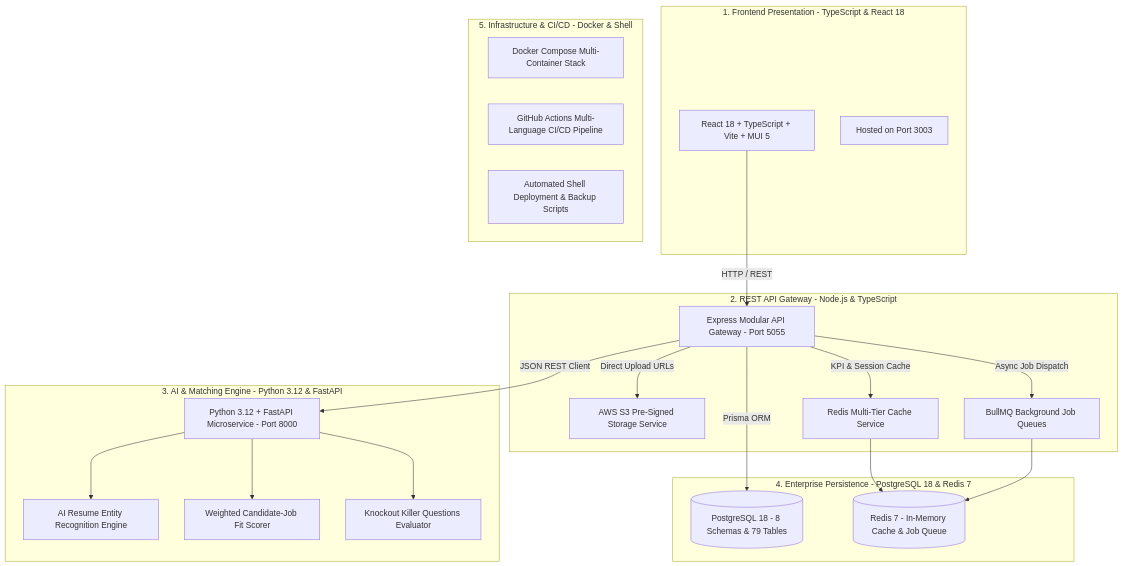
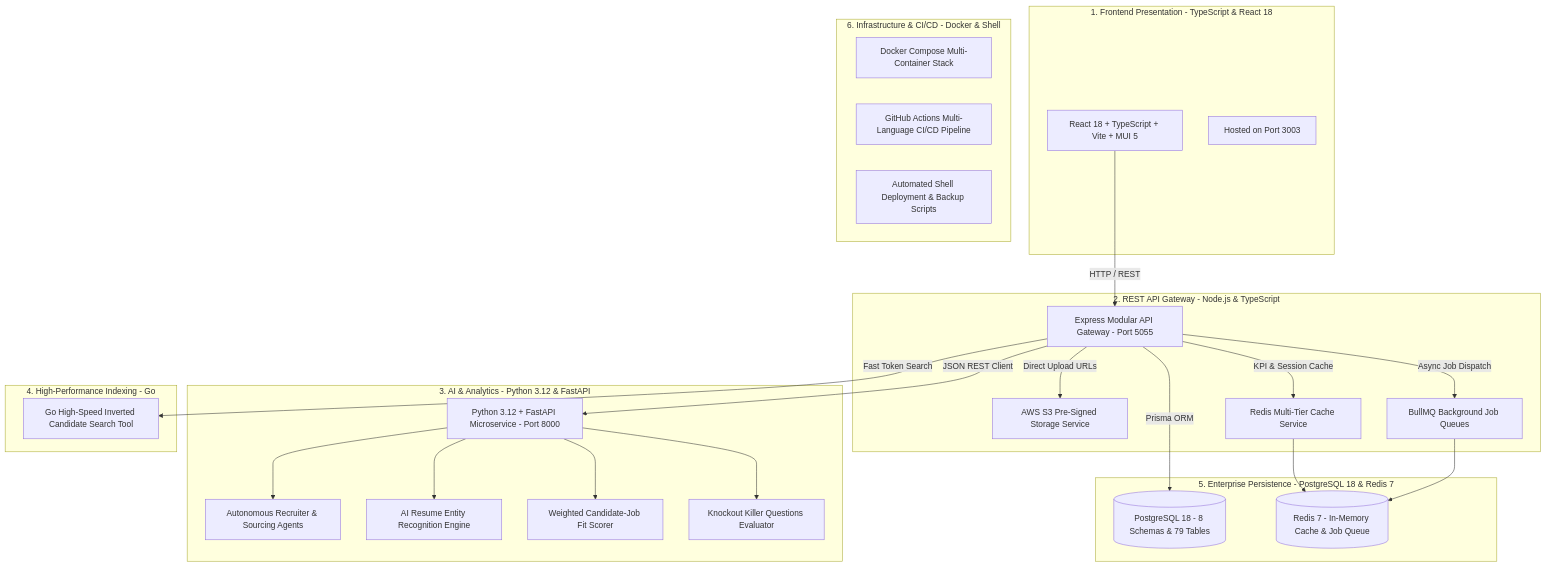
The diagram in README.md (paviontechnologies/RTS), drawn with Mermaid before and after one commit. The commit also changed other lines of this file and 64 other files, not shown here.

Commit message:
feat: enterprise ATS ecosystem expansion with AI agents, Go search indexer, JDs library, interview kits, templates, and polyglot architecture

````diff
--- a/README.md
+++ b/README.md
@@ -21,44 +22,51 @@
 ```mermaid
 graph TD
     subgraph Client Layer [1. Frontend Presentation - TypeScript & React 18]
         UI[React 18 + TypeScript + Vite + MUI 5]
         PORT3003[Hosted on Port 3003]
     end
 
     subgraph API Layer [2. REST API Gateway - Node.js & TypeScript]
         API[Express Modular API Gateway - Port 5055]
         STORAGE[AWS S3 Pre-Signed Storage Service]
         CACHE[Redis Multi-Tier Cache Service]
         QUEUE[BullMQ Background Job Queues]
     end
 
-    subgraph AI Layer [3. AI & Matching Engine - Python 3.12 & FastAPI]
+    subgraph AI & Agents Layer [3. AI & Analytics - Python 3.12 & FastAPI]
         FASTAPI[Python 3.12 + FastAPI Microservice - Port 8000]
+        AGENTS[Autonomous Recruiter & Sourcing Agents]
         PARSER[AI Resume Entity Recognition Engine]
         MATCHER[Weighted Candidate-Job Fit Scorer]
         KILLER[Knockout Killer Questions Evaluator]
     end
 
-    subgraph Data Layer [4. Enterprise Persistence - PostgreSQL 18 & Redis 7]
+    subgraph Search Indexer [4. High-Performance Indexing - Go]
+        GO_INDEXER[Go High-Speed Inverted Candidate Search Tool]
+    end
+
+    subgraph Data Layer [5. Enterprise Persistence - PostgreSQL 18 & Redis 7]
         PG[(PostgreSQL 18 - 8 Schemas & 79 Tables)]
         REDIS[(Redis 7 - In-Memory Cache & Job Queue)]
     end
 
-    subgraph DevOps [5. Infrastructure & CI/CD - Docker & Shell]
+    subgraph DevOps [6. Infrastructure & CI/CD - Docker & Shell]
         DOCKER[Docker Compose Multi-Container Stack]
         GHA[GitHub Actions Multi-Language CI/CD Pipeline]
         SCRIPTS[Automated Shell Deployment & Backup Scripts]
     end
 
     UI -->|HTTP / REST| API
     API -->|Prisma ORM| PG
     API -->|KPI & Session Cache| CACHE
     API -->|Async Job Dispatch| QUEUE
     API -->|Direct Upload URLs| STORAGE
     API -->|JSON REST Client| FASTAPI
+    API -->|Fast Token Search| GO_INDEXER
     FASTAPI --> PARSER
     FASTAPI --> MATCHER
     FASTAPI --> KILLER
+    FASTAPI --> AGENTS
     CACHE --> REDIS
     QUEUE --> REDIS
 ```
````
